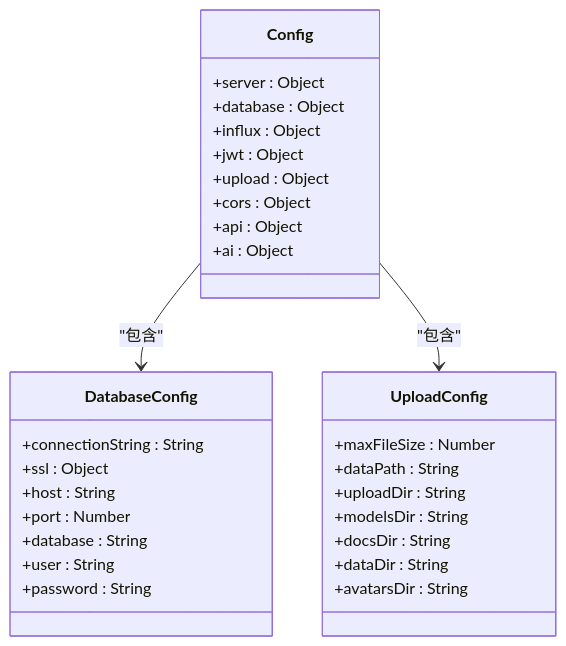
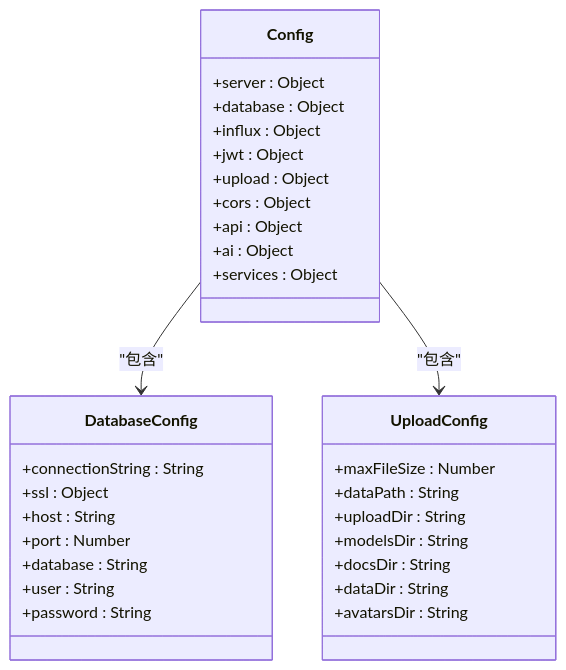
Before and after one commit to ideeinfo/TwinSight: the second of 8 diagrams in .qoder/repowiki/zh/content/后端架构/后端架构.md, drawn with Mermaid. The commit also changed other lines of this file and 9 other files, not shown here.

````diff
--- a/.qoder/repowiki/zh/content/后端架构/后端架构.md
+++ b/.qoder/repowiki/zh/content/后端架构/后端架构.md
@@ -78,33 +111,34 @@
 ```mermaid
 classDiagram
 class Config {
 +server : Object
 +database : Object
 +influx : Object
 +jwt : Object
 +upload : Object
 +cors : Object
 +api : Object
 +ai : Object
++services : Object
 }
 class DatabaseConfig {
 +connectionString : String
 +ssl : Object
 +host : String
 +port : Number
 +database : String
 +user : String
 +password : String
 }
 class UploadConfig {
 +maxFileSize : Number
 +dataPath : String
 +uploadDir : String
 +modelsDir : String
 +docsDir : String
 +dataDir : String
 +avatarsDir : String
 }
 Config --> DatabaseConfig : "包含"
 Config --> UploadConfig : "包含"
 ```
````
